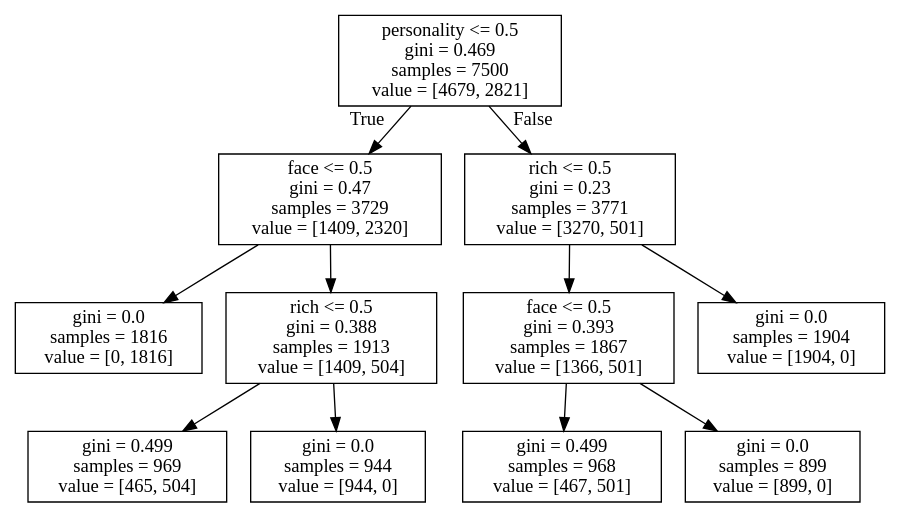
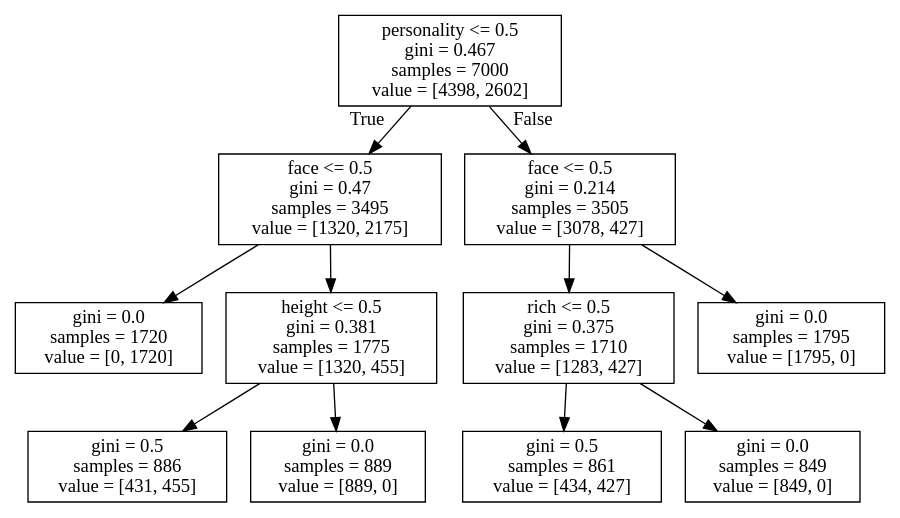
The diagram in Decision_Tree/models/decision_tree_depth3.dot (ElektrischesSchaf/Data_Mining_2019_Projects), drawn with Graphviz before and after one commit. The commit also changed 6 other files, not shown here.

```diff
--- a/Decision_Tree/models/decision_tree_depth3.dot
+++ b/Decision_Tree/models/decision_tree_depth3.dot
@@ -1,24 +1,24 @@
 digraph Tree {
 node [shape=box] ;
-0 [label="personality <= 0.5\ngini = 0.469\nsamples = 7500\nvalue = [4679, 2821]"] ;
-1 [label="face <= 0.5\ngini = 0.47\nsamples = 3729\nvalue = [1409, 2320]"] ;
+0 [label="personality <= 0.5\ngini = 0.467\nsamples = 7000\nvalue = [4398, 2602]"] ;
+1 [label="face <= 0.5\ngini = 0.47\nsamples = 3495\nvalue = [1320, 2175]"] ;
 0 -> 1 [labeldistance=2.5, labelangle=45, headlabel="True"] ;
-2 [label="gini = 0.0\nsamples = 1816\nvalue = [0, 1816]"] ;
+2 [label="gini = 0.0\nsamples = 1720\nvalue = [0, 1720]"] ;
 1 -> 2 ;
-3 [label="rich <= 0.5\ngini = 0.388\nsamples = 1913\nvalue = [1409, 504]"] ;
+3 [label="height <= 0.5\ngini = 0.381\nsamples = 1775\nvalue = [1320, 455]"] ;
 1 -> 3 ;
-4 [label="gini = 0.499\nsamples = 969\nvalue = [465, 504]"] ;
+4 [label="gini = 0.5\nsamples = 886\nvalue = [431, 455]"] ;
 3 -> 4 ;
-5 [label="gini = 0.0\nsamples = 944\nvalue = [944, 0]"] ;
+5 [label="gini = 0.0\nsamples = 889\nvalue = [889, 0]"] ;
 3 -> 5 ;
-6 [label="rich <= 0.5\ngini = 0.23\nsamples = 3771\nvalue = [3270, 501]"] ;
+6 [label="face <= 0.5\ngini = 0.214\nsamples = 3505\nvalue = [3078, 427]"] ;
 0 -> 6 [labeldistance=2.5, labelangle=-45, headlabel="False"] ;
-7 [label="face <= 0.5\ngini = 0.393\nsamples = 1867\nvalue = [1366, 501]"] ;
+7 [label="rich <= 0.5\ngini = 0.375\nsamples = 1710\nvalue = [1283, 427]"] ;
 6 -> 7 ;
-8 [label="gini = 0.499\nsamples = 968\nvalue = [467, 501]"] ;
+8 [label="gini = 0.5\nsamples = 861\nvalue = [434, 427]"] ;
 7 -> 8 ;
-9 [label="gini = 0.0\nsamples = 899\nvalue = [899, 0]"] ;
+9 [label="gini = 0.0\nsamples = 849\nvalue = [849, 0]"] ;
 7 -> 9 ;
-10 [label="gini = 0.0\nsamples = 1904\nvalue = [1904, 0]"] ;
+10 [label="gini = 0.0\nsamples = 1795\nvalue = [1795, 0]"] ;
 6 -> 10 ;
 }
```
